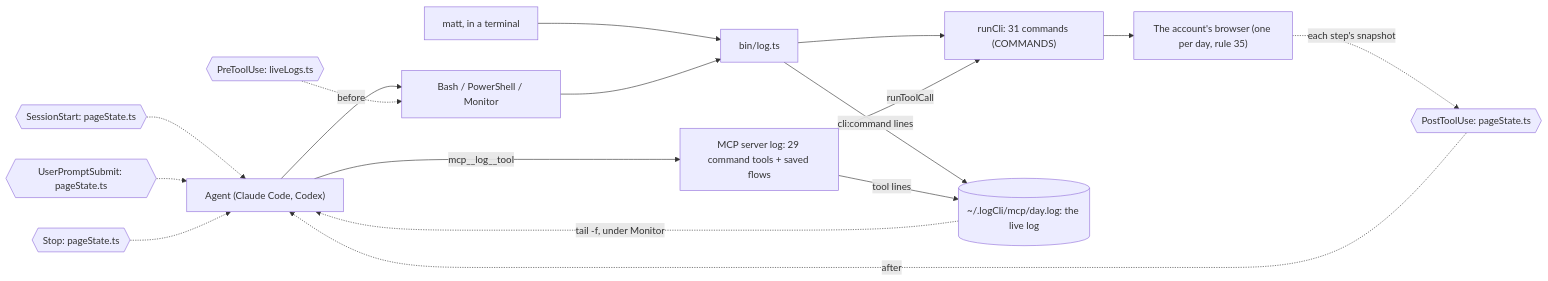
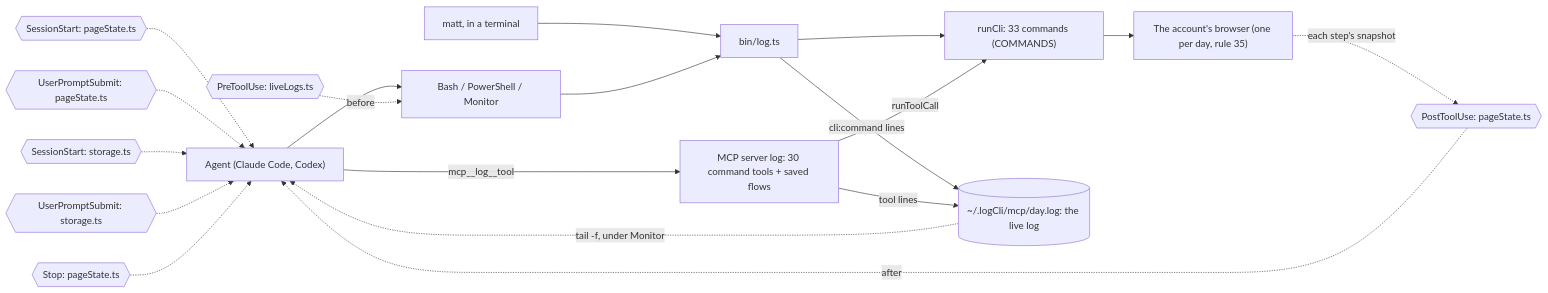
The second of 5 diagrams in README.md (matthewdonsemail-lab/log), drawn with Mermaid before and after one commit. The commit also changed other lines of this file and 105 other files, not shown here.

Commit message:
feat: runs are pruned once analysed (rule 66), Messenger's PIN is asked and kept (rule 67), the five warm-up stages are flows

````diff
--- a/README.md
+++ b/README.md
@@ -87,27 +87,29 @@
 ```mermaid
 flowchart LR
   agent["Agent (Claude Code, Codex)"]
   matt["matt, in a terminal"]
   shell["Bash / PowerShell / Monitor"]
-  mcp["MCP server log: 29 command tools + saved flows"]
+  mcp["MCP server log: 30 command tools + saved flows"]
   bin["bin/log.ts"]
-  runCli["runCli: 31 commands (COMMANDS)"]
+  runCli["runCli: 33 commands (COMMANDS)"]
   live[("~/.logCli/mcp/day.log: the live log")]
   browser["The account's browser (one per day, rule 35)"]
   agent --> shell
   matt --> bin
   shell --> bin
   agent -->|mcp__log__tool| mcp
   bin --> runCli
   mcp -->|runToolCall| runCli
   runCli --> browser
   bin -->|cli:command lines| live
   mcp -->|tool lines| live
   live -.->|tail -f, under Monitor| agent
   pre0{{"PreToolUse: liveLogs.ts"}} -.->|before| shell
   post0{{"PostToolUse: pageState.ts"}} -.->|after| agent
   turn0{{"SessionStart: pageState.ts"}} -.-> agent
   turn1{{"UserPromptSubmit: pageState.ts"}} -.-> agent
-  turn2{{"Stop: pageState.ts"}} -.-> agent
+  turn2{{"SessionStart: storage.ts"}} -.-> agent
+  turn3{{"UserPromptSubmit: storage.ts"}} -.-> agent
+  turn4{{"Stop: pageState.ts"}} -.-> agent
   browser -.->|each step's snapshot| post0
 ```
````
